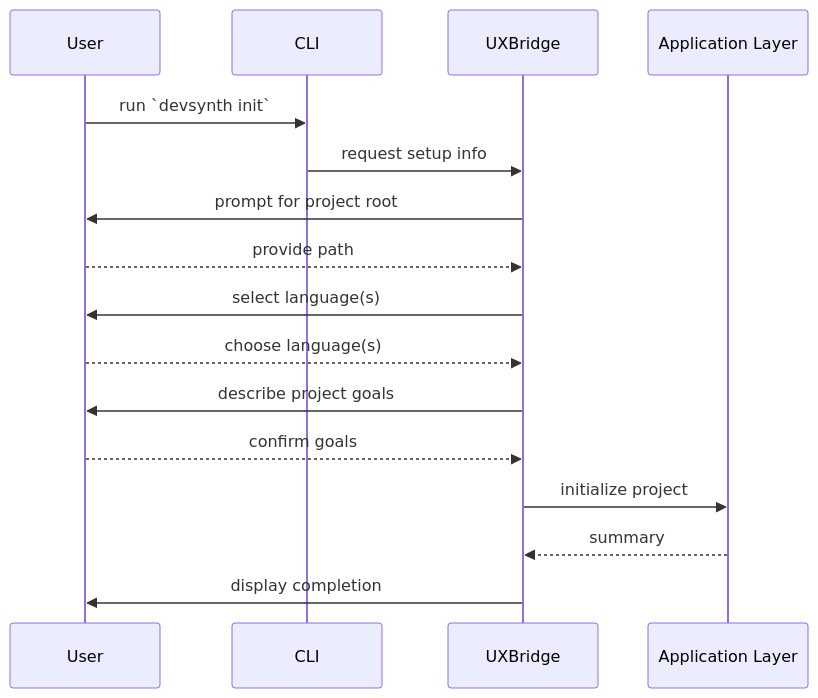
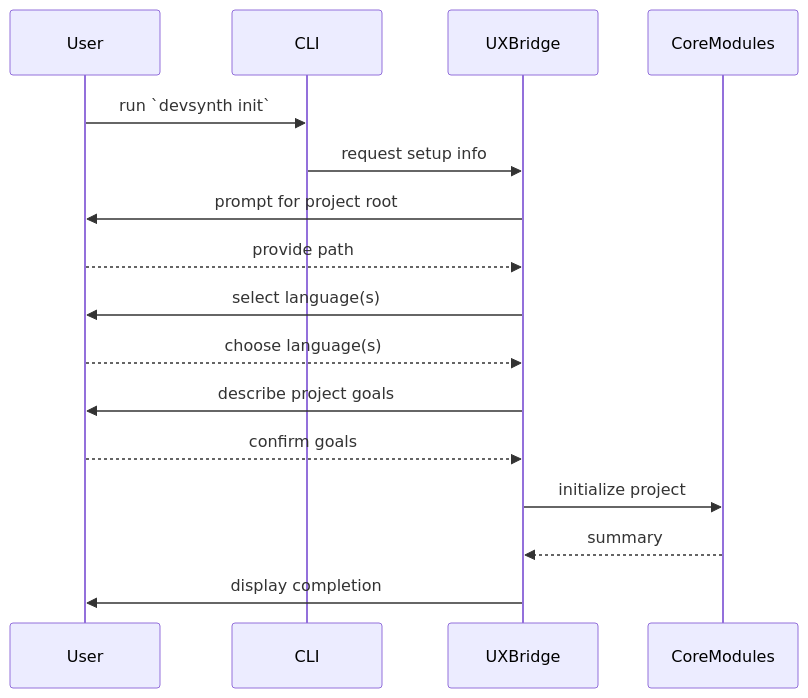
One commit to ravenoak/devsynth changed the diagram in docs/architecture/init_workflow.md. Above: the diagram before and after it, drawn with Mermaid. The commit also changed other lines of this file and 4 other files, not shown here.

````diff
--- a/docs/architecture/init_workflow.md
+++ b/docs/architecture/init_workflow.md
@@ -18,18 +18,18 @@
 ```mermaid
 sequenceDiagram
     participant U as User
     participant CLI as CLI
     participant UX as UXBridge
-    participant App as Application Layer
+    participant Core as CoreModules
     U->>CLI: run `devsynth init`
     CLI->>UX: request setup info
     UX->>U: prompt for project root
     U-->>UX: provide path
     UX->>U: select language(s)
     U-->>UX: choose language(s)
     UX->>U: describe project goals
     U-->>UX: confirm goals
-    UX->>App: initialize project
-    App-->>UX: summary
+    UX->>Core: initialize project
+    Core-->>UX: summary
     UX->>U: display completion
 ```
````
